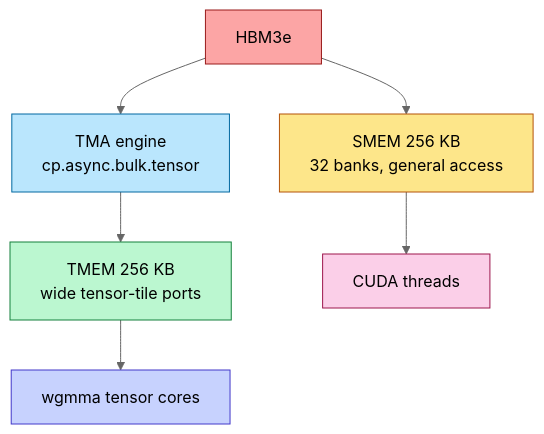
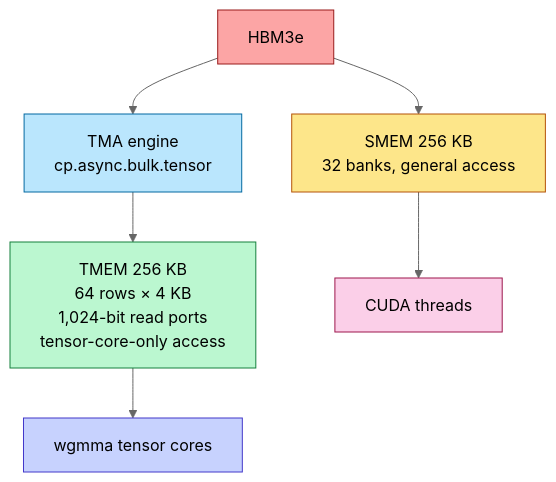
One commit to Wty2003328/ai_infra_intro changed the fourth of 7 diagrams in ai_infra/L3_Microarchitecture/Blackwell_Architecture.md. Above: the diagram before and after it, drawn with Mermaid (neutral theme). The commit also changed other lines of this file and 50 other files, not shown here.

````diff
--- a/ai_infra/L3_Microarchitecture/Blackwell_Architecture.md
+++ b/ai_infra/L3_Microarchitecture/Blackwell_Architecture.md
@@ -179,17 +239,17 @@
 ```mermaid
 flowchart TB
     HBM[HBM3e]:::off
     TMA[TMA engine<br/>cp.async.bulk.tensor]:::tma
-    TMEM[TMEM 256 KB<br/>wide tensor-tile ports]:::tmem
+    TMEM["TMEM 256 KB<br/>64 rows × 4 KB<br/>1,024-bit read ports<br/>tensor-core-only access"]:::tmem
     SMEM[SMEM 256 KB<br/>32 banks, general access]:::smem
     WGMMA[wgmma tensor cores]:::tc
     THR[CUDA threads]:::thr
     HBM --> TMA --> TMEM --> WGMMA
     HBM --> SMEM --> THR
     classDef off fill:#fca5a5,stroke:#991b1b,color:#000
     classDef tma fill:#bae6fd,stroke:#0369a1,color:#000
     classDef tmem fill:#bbf7d0,stroke:#15803d,color:#000
     classDef smem fill:#fde68a,stroke:#b45309,color:#000
     classDef tc fill:#c7d2fe,stroke:#4338ca,color:#000
     classDef thr fill:#fbcfe8,stroke:#9d174d,color:#000
 ```
````
